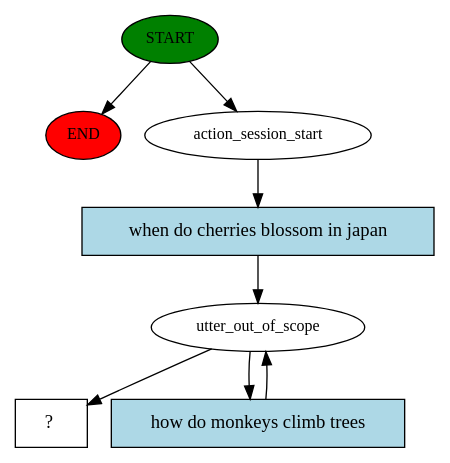
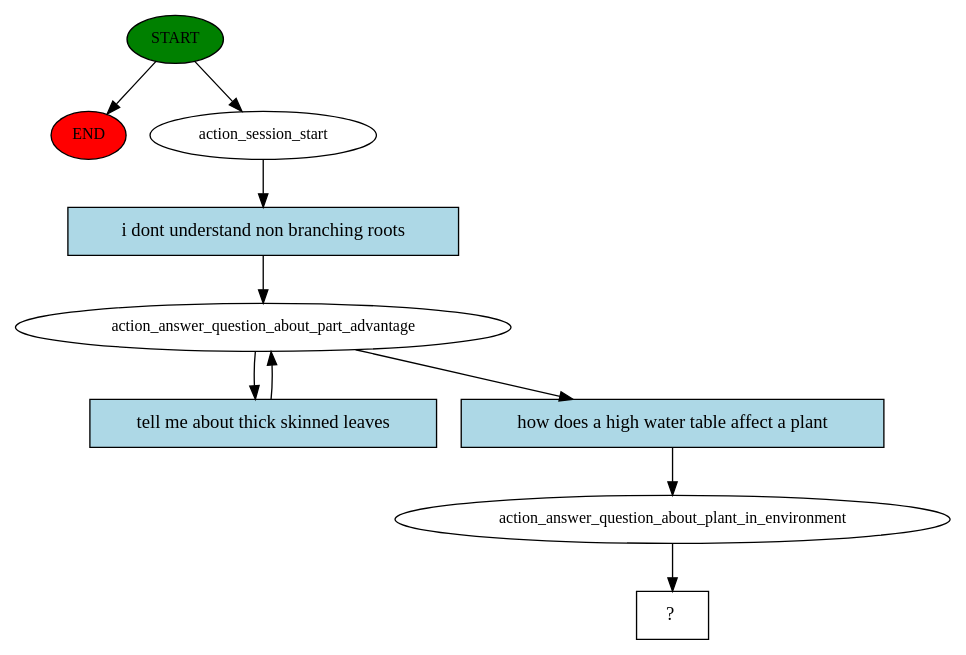
Before and after one commit to gozlen/virtual-assistant: the diagram in story_graph.dot, drawn with Graphviz. The commit also changed 7 other files, not shown here.

```diff
--- a/story_graph.dot
+++ b/story_graph.dot
@@ -1,16 +1,20 @@
 digraph  {
 0 [class="start active", fillcolor=green, fontsize=12, label=START, style=filled];
 "-1" [class=end, fillcolor=red, fontsize=12, label=END, style=filled];
 1 [class=active, fontsize=12, label=action_session_start];
-2 [class=active, fontsize=12, label=utter_out_of_scope];
-4 [class="intent dashed active", label="  ?  ", shape=rect];
-5 [class="intent active", fillcolor=lightblue, label="when do cherries blossom in japan", shape=rect, style=filled];
-6 [class="intent active", fillcolor=lightblue, label="how do monkeys climb trees", shape=rect, style=filled];
+2 [class=active, fontsize=12, label=action_answer_question_about_part_advantage];
+5 [class=active, fontsize=12, label=action_answer_question_about_plant_in_environment];
+6 [class="intent dashed active", label="  ?  ", shape=rect];
+7 [class="intent active", fillcolor=lightblue, label="i dont understand non branching roots", shape=rect, style=filled];
+8 [class="intent active", fillcolor=lightblue, label="tell me about thick skinned leaves", shape=rect, style=filled];
+9 [class="intent active", fillcolor=lightblue, label="how does a high water table affect a plant", shape=rect, style=filled];
 0 -> "-1"  [class="", key=NONE, label=""];
 0 -> 1  [class=active, key=NONE, label=""];
-1 -> 5  [class=active, key=0];
-2 -> 4  [class=active, key=NONE, label=""];
-2 -> 6  [class=active, key=0];
-5 -> 2  [class=active, key=0];
-6 -> 2  [class=active, key=0];
+1 -> 7  [class=active, key=0];
+2 -> 8  [class=active, key=0];
+2 -> 9  [class=active, key=0];
+5 -> 6  [class=active, key=NONE, label=""];
+7 -> 2  [class=active, key=0];
+8 -> 2  [class=active, key=0];
+9 -> 5  [class=active, key=0];
 }
```
